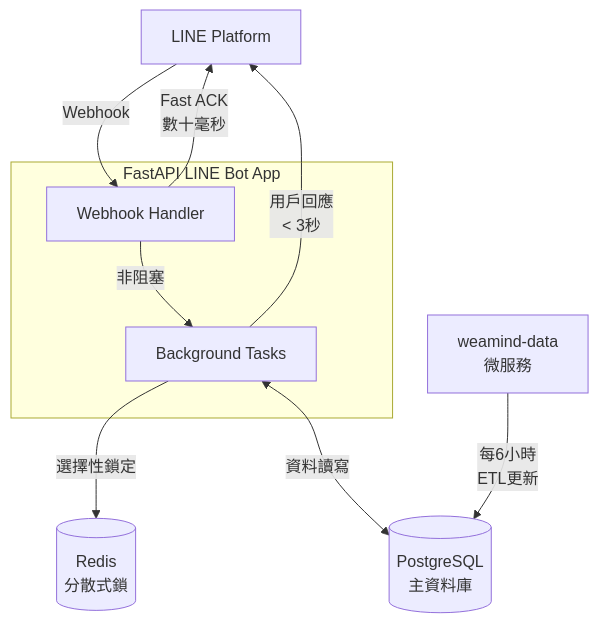
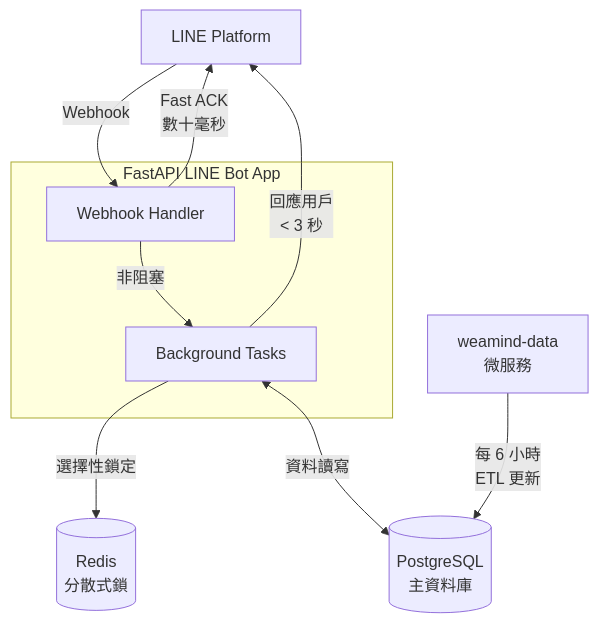
Before and after one commit to kyomind/WeaMind: the diagram in README.md, drawn with Mermaid. The commit also changed other lines of this file, not shown here.

Commit message:
Refine Fast ACK response descriptions in README

````diff
--- a/README.md
+++ b/README.md
@@ -49,20 +49,20 @@
 ```mermaid
 graph TB
     LINE[LINE Platform]
     REDIS[(Redis<br/>分散式鎖)]
     DB[(PostgreSQL<br/>主資料庫)]
     DATA[weamind-data<br/>微服務]
 
     subgraph FASTAPI["FastAPI LINE Bot App"]
         WEB[Webhook Handler]
         BG[Background Tasks]
     end
 
     LINE -->|Webhook| WEB
     WEB -->|Fast ACK<br/>數十毫秒| LINE
     WEB -->|非阻塞| BG
     BG -->|選擇性鎖定| REDIS
     BG <-->|資料讀寫| DB
-    BG -->|用戶回應<br/>< 3秒| LINE
-    DATA -->|每6小時<br/>ETL更新| DB
+        BG -->|回應用戶<br/>< 3 秒| LINE
+    DATA -->|每 6 小時<br/>ETL 更新| DB
 ```
````
